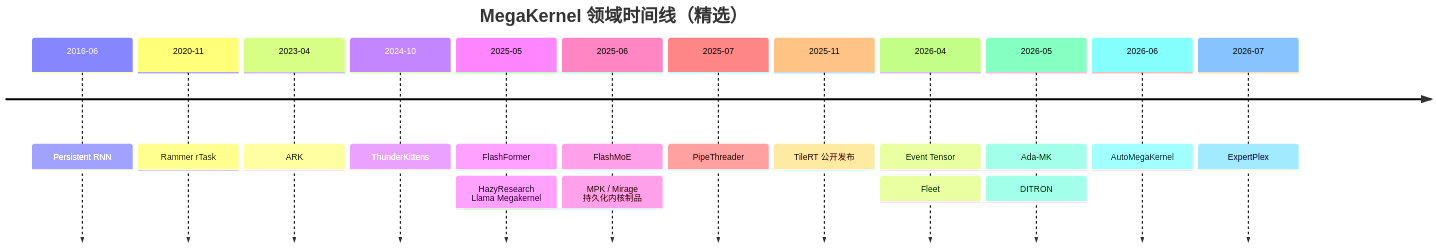
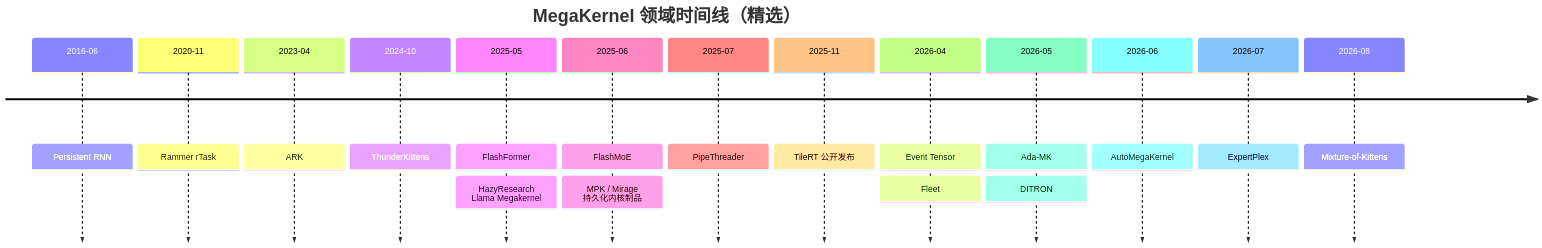
Before and after one commit to qhy991/Awesome-MegaKernel: the second of 2 diagrams in README.zh-CN.md, drawn with Mermaid. The commit also changed other lines of this file and 8 other files, not shown here.

Commit message:
feat: add Mixture-of-Kittens case study

````diff
--- a/README.zh-CN.md
+++ b/README.zh-CN.md
@@ -97,20 +100,21 @@
 ```mermaid
 timeline
     title MegaKernel 领域时间线（精选）
     2016-06 : Persistent RNN
     2020-11 : Rammer rTask
     2023-04 : ARK
     2024-10 : ThunderKittens
     2025-05 : FlashFormer
             : HazyResearch Llama Megakernel
     2025-06 : FlashMoE
             : MPK / Mirage 持久化内核制品
     2025-07 : PipeThreader
     2025-11 : TileRT 公开发布
     2026-04 : Event Tensor
             : Fleet
     2026-05 : Ada-MK
             : DITRON
     2026-06 : AutoMegaKernel
     2026-07 : ExpertPlex
+    2026-08 : Mixture-of-Kittens
 ```
````
